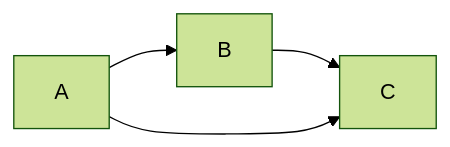
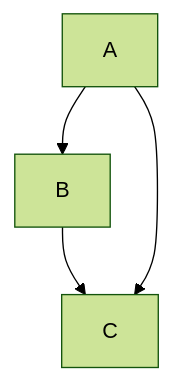
Before and after one commit to jt4d-lab/weld: the fourth of 5 diagrams in docs/core-concepts/direction.md, drawn with Mermaid (forest theme). The commit also changed other lines of this file and 5 other files, not shown here.

````diff
--- a/docs/core-concepts/direction.md
+++ b/docs/core-concepts/direction.md
@@ -133,5 +133,5 @@
 ```mermaid
-flowchart LR
+flowchart TB
     A --> B --> C
     A --> C
 ```
````
